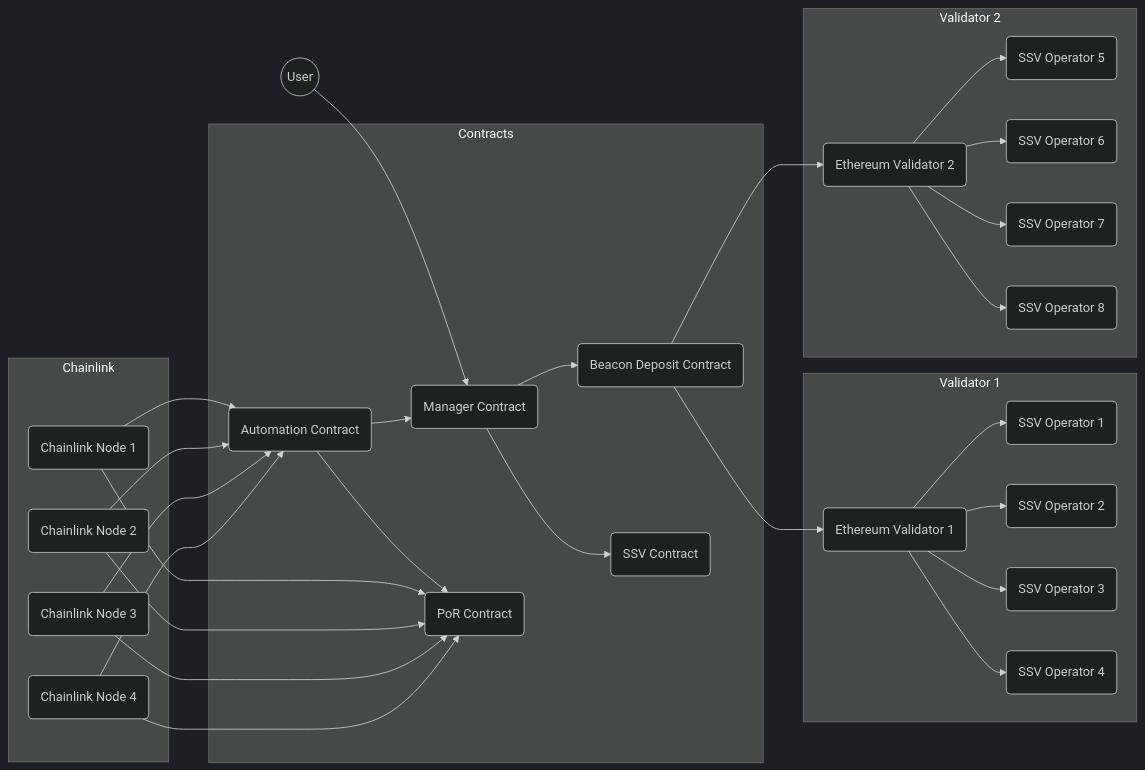
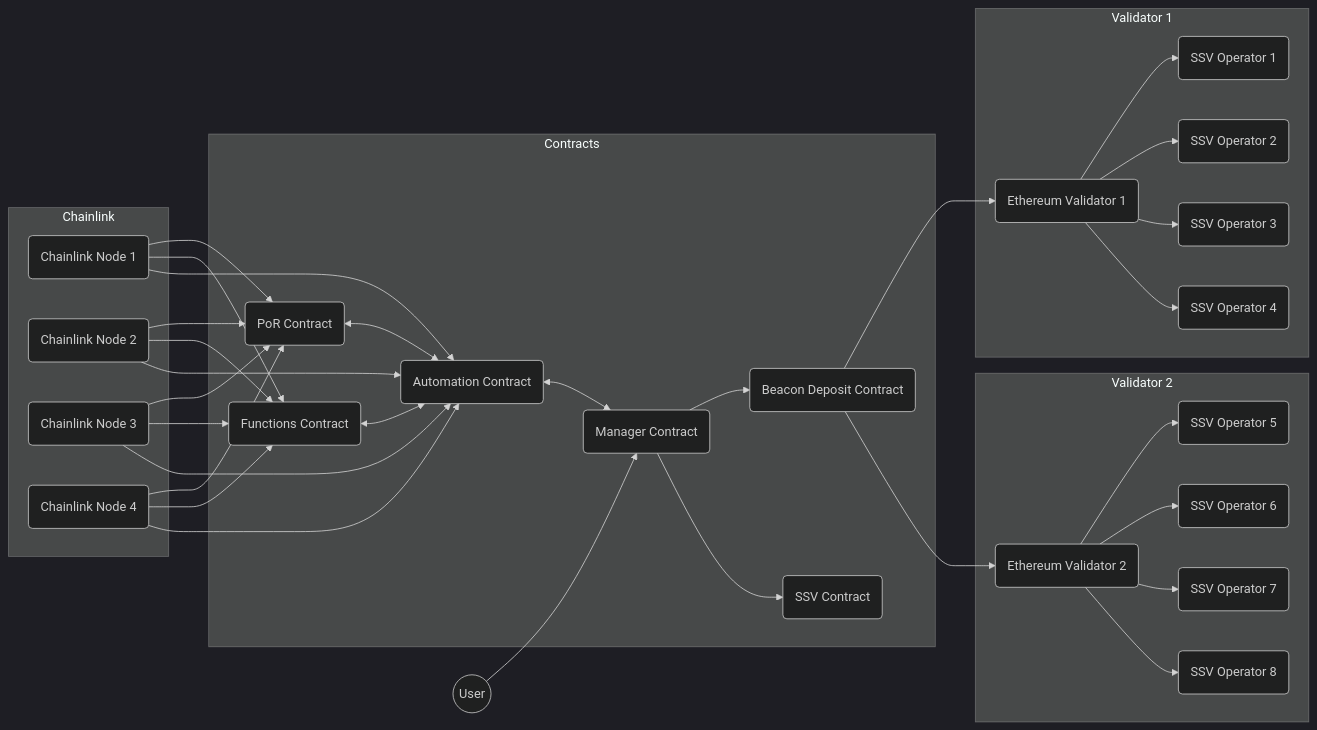
The diagram in contracts/ethereum/README.md (consensusnetworks/casimir), drawn with Mermaid (dark theme) before and after one commit. The commit also changed 1 other file, not shown here.

Commit message:
Add functions contract to diagram

````diff
--- a/contracts/ethereum/README.md
+++ b/contracts/ethereum/README.md
@@ -17,52 +17,60 @@
 ```mermaid
 graph LR
+
     subgraph Contracts
         B(Manager Contract)
         C(Beacon Deposit Contract)
         D(SSV Contract)
         G(PoR Contract)
-        H(Automation Contract)
+        H(Functions Contract)
+        I(Automation Contract)
     end
 
     A((User)) --> B
 
     B --> C
     B --> D
 
     C --> E1(Ethereum Validator 1)
     C --> E2(Ethereum Validator 2)
 
     subgraph Validator 1
         E1 --> F11(SSV Operator 1)
         E1 --> F12(SSV Operator 2)
         E1 --> F13(SSV Operator 3)
         E1 --> F14(SSV Operator 4)
     end
     
     subgraph Validator 2
         E2 --> F21(SSV Operator 5)
         E2 --> F22(SSV Operator 6)
         E2 --> F23(SSV Operator 7)
         E2 --> F24(SSV Operator 8)
     end
 
-    H --> G
-    H --> B
+    G <--> I
+    H <--> I
+    I <--> B
     
     subgraph Chainlink
-        I1(Chainlink Node 1)
-        I2(Chainlink Node 2)
-        I3(Chainlink Node 3)
-        I4(Chainlink Node 4)
+        J1(Chainlink Node 1)
+        J2(Chainlink Node 2)
+        J3(Chainlink Node 3)
+        J4(Chainlink Node 4)
     end
 
-    I1(Chainlink Node 1) --> G
-    I2(Chainlink Node 2) --> G
-    I3(Chainlink Node 3) --> G
-    I4(Chainlink Node 4) --> G
+    J1 --> G
+    J2 --> G
+    J3 --> G
+    J4 --> G
     
-    I1 --> H
-    I2 --> H
-    I3 --> H
-    I4 --> H
+    J1 --> H
+    J2 --> H
+    J3 --> H
+    J4 --> H
+
+    J1 --> I
+    J2 --> I
+    J3 --> I
+    J4 --> I
 ```
````
